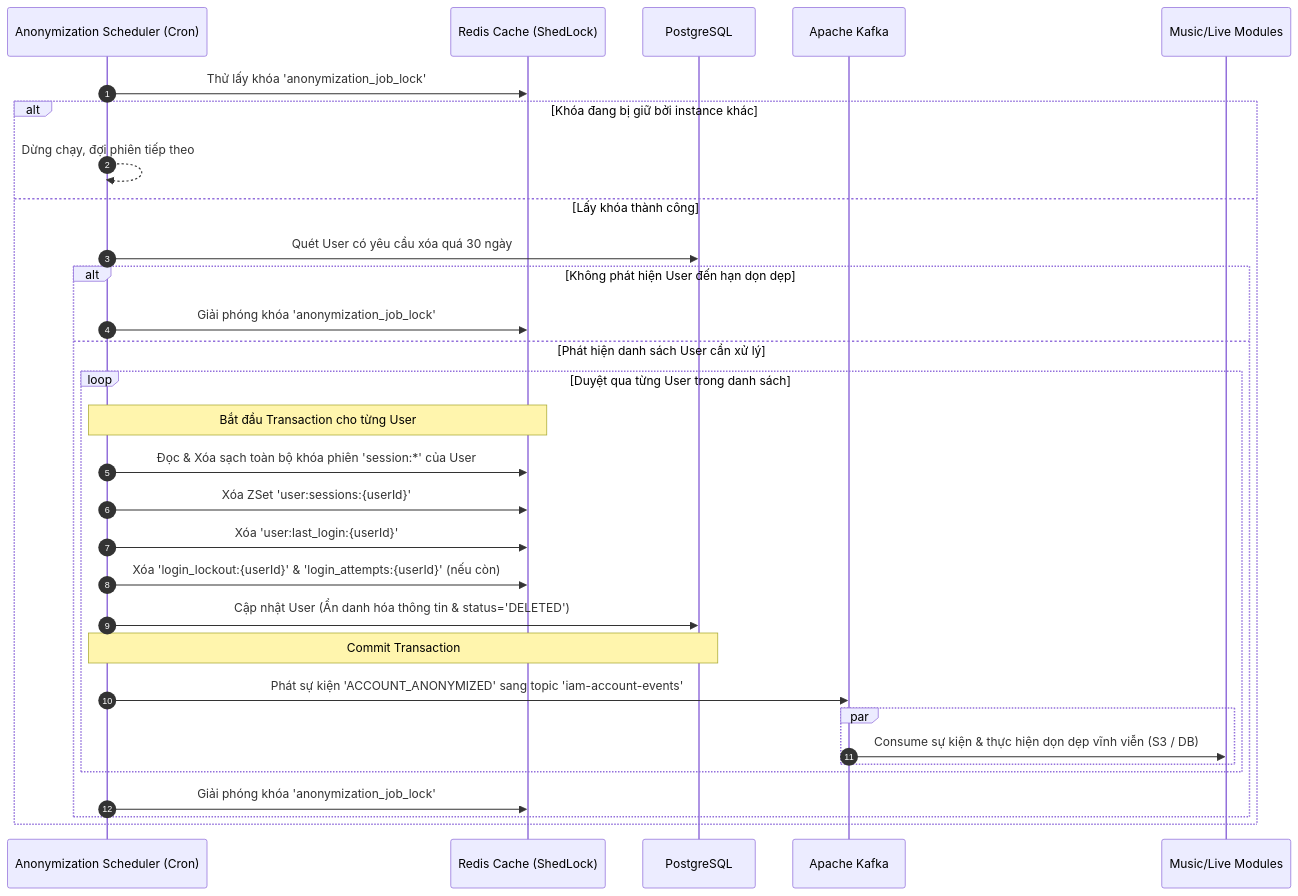
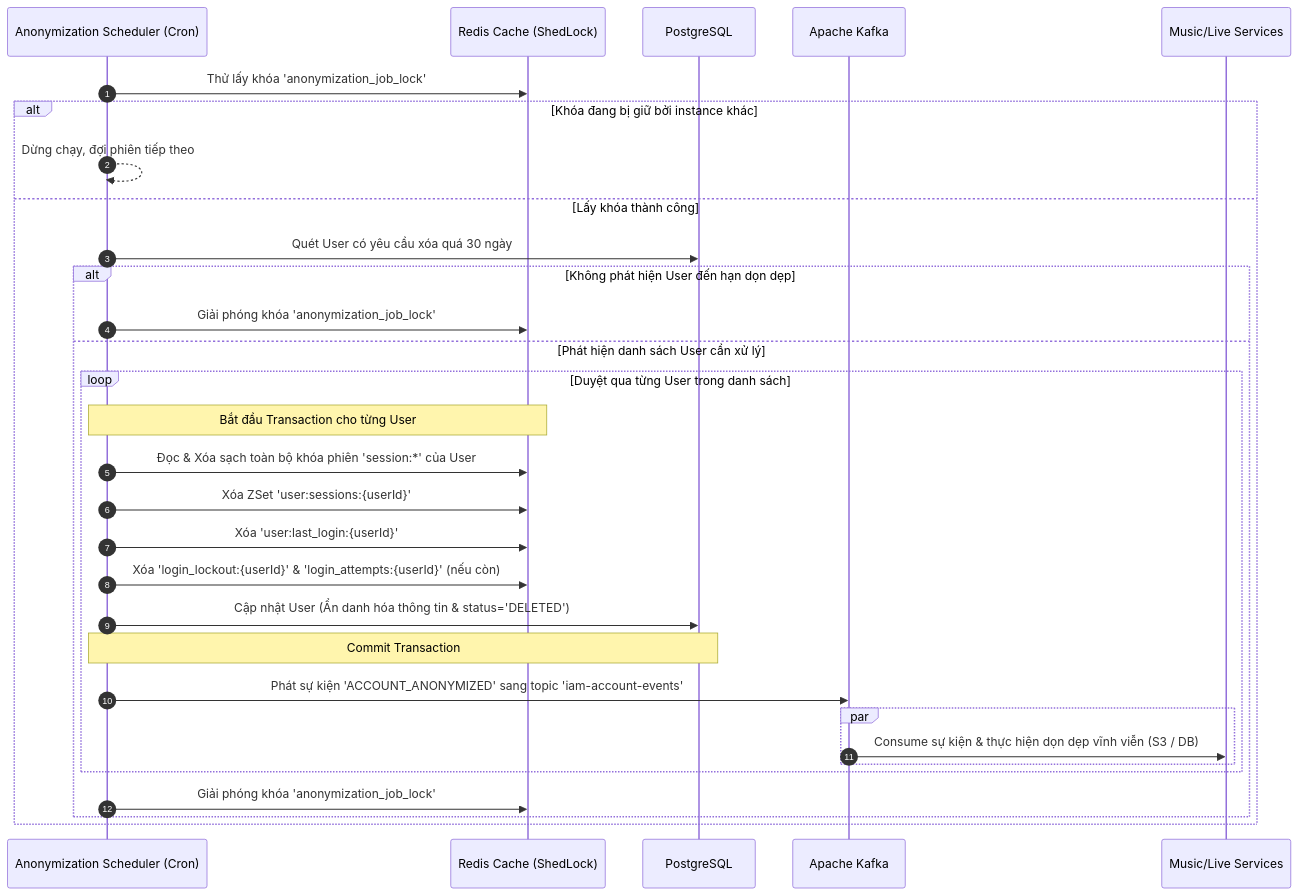
Before and after one commit to NguyenDucHoangNam/PWB_Mini: the diagram in docs/1. Identity & Access Management/08_account_anonymization_job.md, drawn with Mermaid. The commit also changed other lines of this file and 303 other files, not shown here.

````diff
--- a/docs/1. Identity & Access Management/08_account_anonymization_job.md
+++ b/docs/1. Identity & Access Management/08_account_anonymization_job.md
@@ -60,39 +60,39 @@
 ```mermaid
 sequenceDiagram
     autonumber
     participant Job as Anonymization Scheduler (Cron)
     participant Redis as Redis Cache (ShedLock)
     participant DB as PostgreSQL
     participant Kafka as Apache Kafka
-    participant MusicLive as Music/Live Modules
+    participant MusicLive as Music/Live Services
     
     Job->>Redis: Thử lấy khóa 'anonymization_job_lock'
     alt Khóa đang bị giữ bởi instance khác
         Job-->>Job: Dừng chạy, đợi phiên tiếp theo
     else Lấy khóa thành công
         Job->>DB: Quét User có yêu cầu xóa quá 30 ngày
         
         alt Không phát hiện User đến hạn dọn dẹp
             Job->>Redis: Giải phóng khóa 'anonymization_job_lock'
         else Phát hiện danh sách User cần xử lý
             loop Duyệt qua từng User trong danh sách
                 Note over Job, Redis: Bắt đầu Transaction cho từng User
                 
                 Job->>Redis: Đọc & Xóa sạch toàn bộ khóa phiên 'session:*' của User
                 Job->>Redis: Xóa ZSet 'user:sessions:{userId}'
                 Job->>Redis: Xóa 'user:last_login:{userId}'
                 Job->>Redis: Xóa 'login_lockout:{userId}' & 'login_attempts:{userId}' (nếu còn)
                 
                 Job->>DB: Cập nhật User (Ẩn danh hóa thông tin & status='DELETED')
                 
                 Note over Job, DB: Commit Transaction
                 
                 Job->>Kafka: Phát sự kiện 'ACCOUNT_ANONYMIZED' sang topic 'iam-account-events'
                 par 
                     Kafka->>MusicLive: Consume sự kiện & thực hiện dọn dẹp vĩnh viễn (S3 / DB)
                 end
             end
             Job->>Redis: Giải phóng khóa 'anonymization_job_lock'
         end
     end
 ```
````
